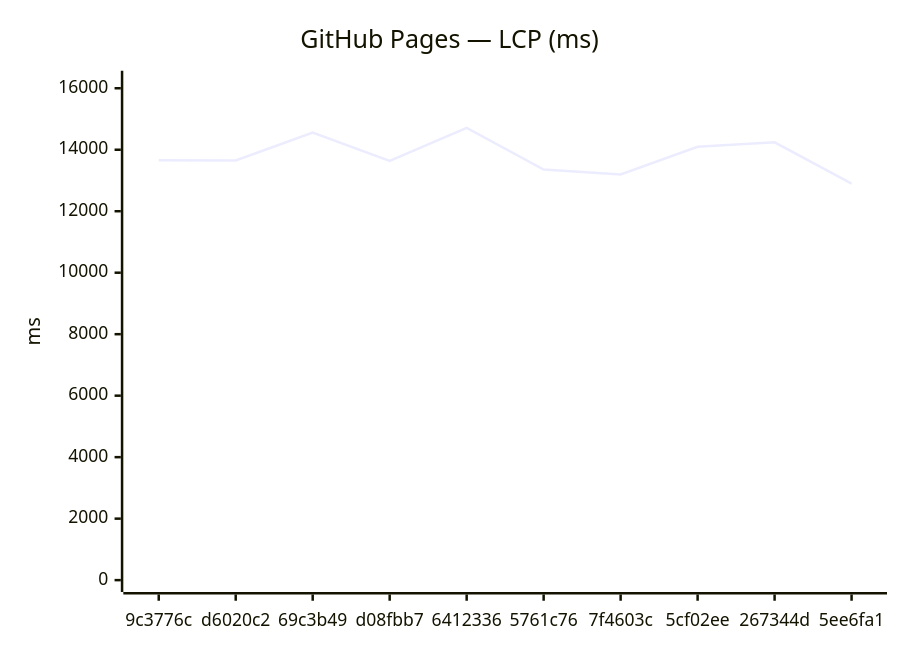
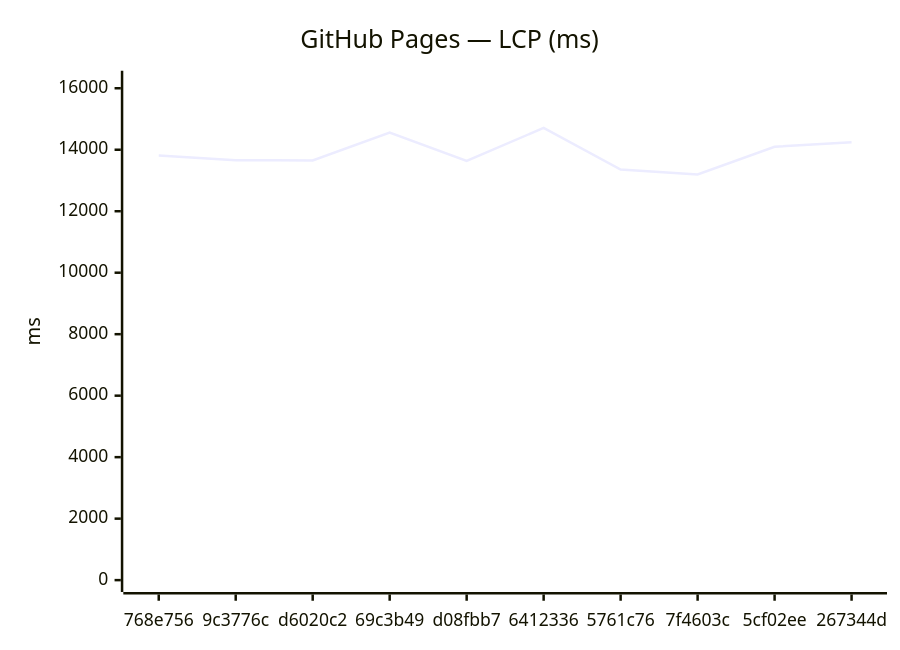
Before and after one commit to Metaheurist/Rianell: the third of 18 diagrams in benchmarks/compare.md, drawn with Mermaid. The commit also changed other lines of this file and 11 other files, not shown here.

````diff
--- a/benchmarks/compare.md
+++ b/benchmarks/compare.md
@@ -54,7 +54,7 @@
 ```mermaid
 xychart-beta
     title "GitHub Pages — LCP (ms)"
-    x-axis ["9c3776c", "d6020c2", "69c3b49", "d08fbb7", "6412336", "5761c76", "7f4603c", "5cf02ee", "267344d", "5ee6fa1"]
+    x-axis ["768e756", "9c3776c", "d6020c2", "69c3b49", "d08fbb7", "6412336", "5761c76", "7f4603c", "5cf02ee", "267344d"]
     y-axis "ms" 0 --> 16183
-    line [13660, 13653, 14556, 13636, 14711, 13355, 13197, 14098, 14242, 12895]
+    line [13811, 13660, 13653, 14556, 13636, 14711, 13355, 13197, 14098, 14242]
 ```
````
